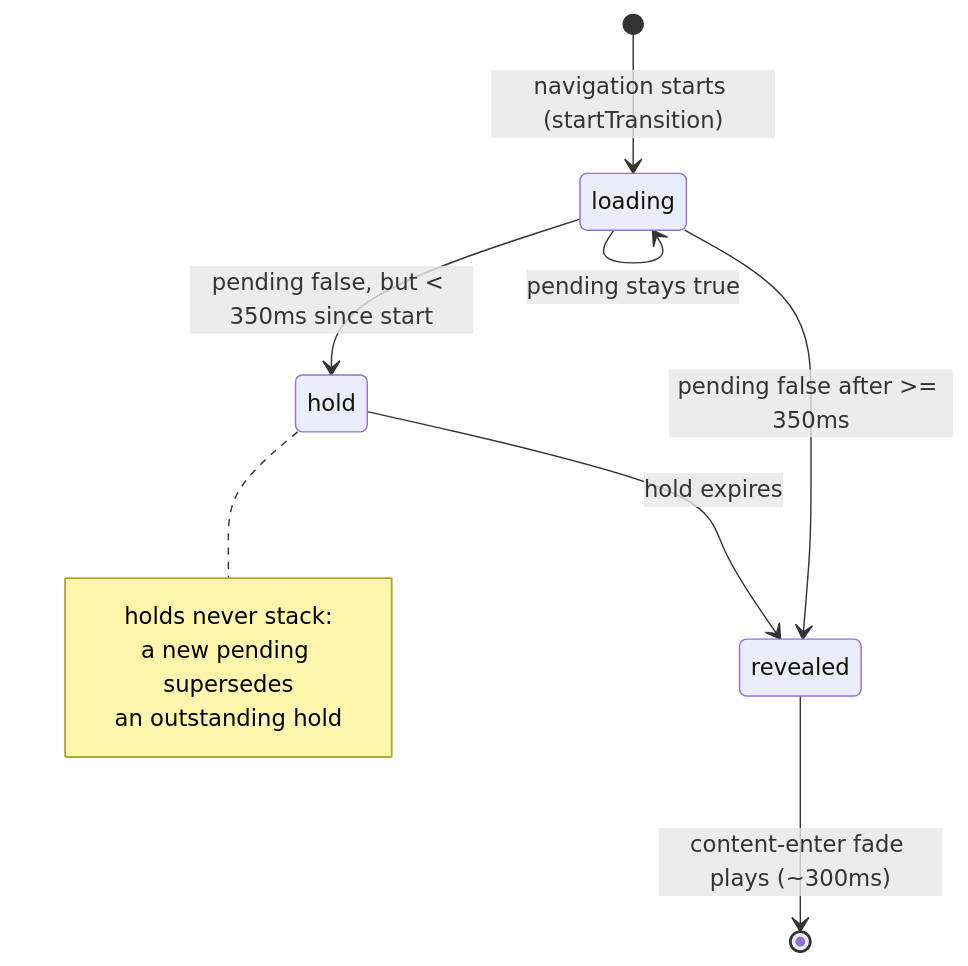
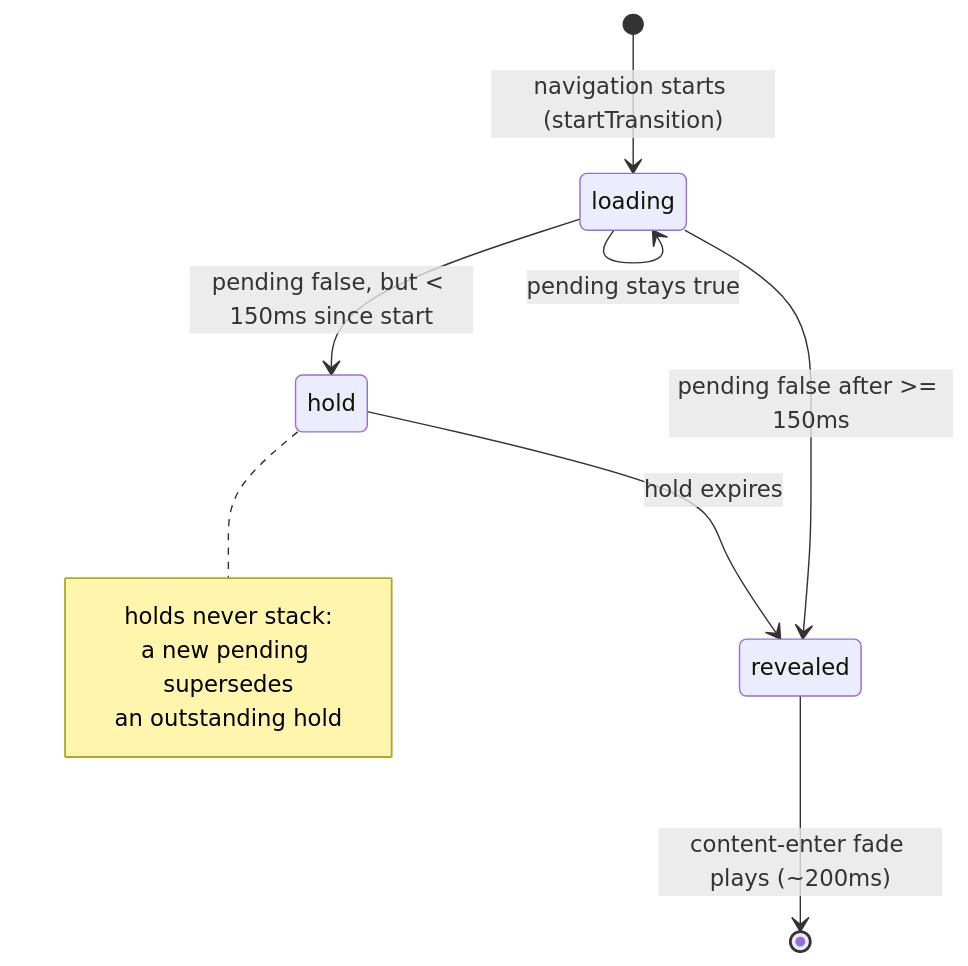
Before and after one commit to oncloudnintynineone-source/cloudy2: the first of 5 diagrams in docs/loading-transitions.md, drawn with Mermaid. The commit also changed other lines of this file and 9 other files, not shown here.

````diff
--- a/docs/loading-transitions.md
+++ b/docs/loading-transitions.md
@@ -81,14 +81,14 @@
 ```mermaid
 stateDiagram-v2
  [*] --> loading: navigation starts (startTransition)
  loading --> loading: pending stays true
- loading --> hold: pending false, but < 350ms since start
+ loading --> hold: pending false, but < 150ms since start
  hold --> revealed: hold expires
- loading --> revealed: pending false after >= 350ms
- revealed --> [*]: content-enter fade plays (~300ms)
+ loading --> revealed: pending false after >= 150ms
+ revealed --> [*]: content-enter fade plays (~200ms)
  note right of hold
  holds never stack:
  a new pending supersedes
  an outstanding hold
  end note
 ```
````
